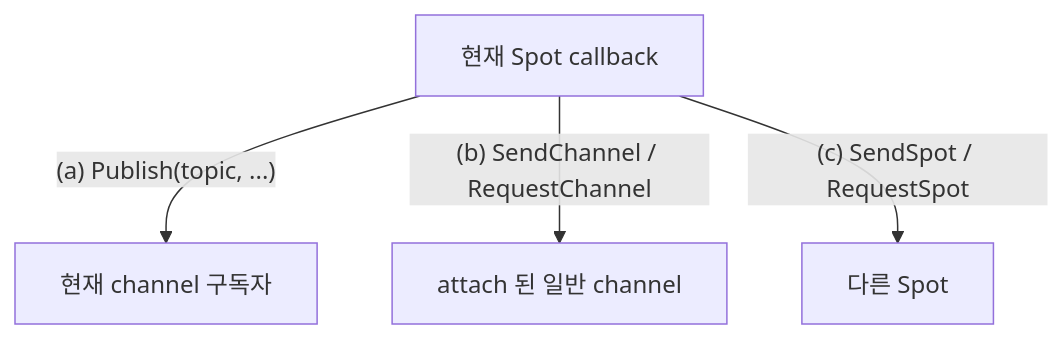
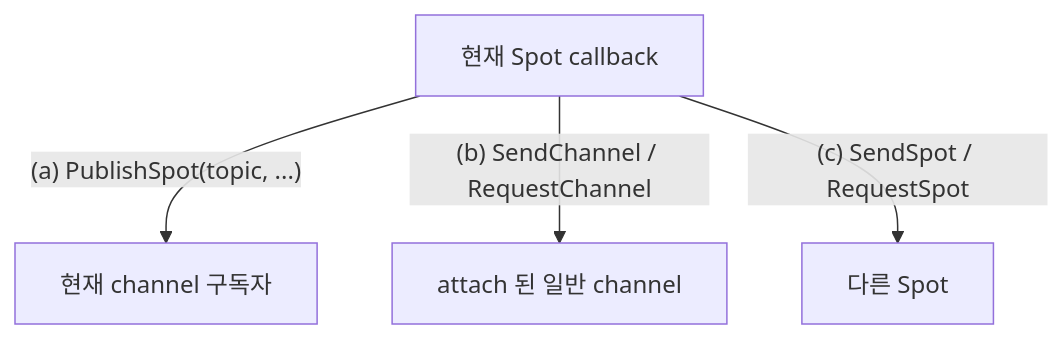
Before and after one commit to kairos-code-dev/zlink: the diagram in framework/languages/dotnet/doc/guide/05-spot.ko.md, drawn with Mermaid. The commit also changed other lines of this file and 109 other files, not shown here.

````diff
--- a/framework/languages/dotnet/doc/guide/05-spot.ko.md
+++ b/framework/languages/dotnet/doc/guide/05-spot.ko.md
@@ -362,6 +362,6 @@
 ```mermaid
 flowchart TD
-  Spot[현재 Spot callback] -->|"(a) Publish(topic, ...)"| Sub[현재 channel 구독자]
+  Spot[현재 Spot callback] -->|"(a) PublishSpot(topic, ...)"| Sub[현재 channel 구독자]
   Spot -->|"(b) SendChannel / RequestChannel"| Ch[attach 된 일반 channel]
   Spot -->|"(c) SendSpot / RequestSpot"| OtherSpot[다른 Spot]
 ```
````
